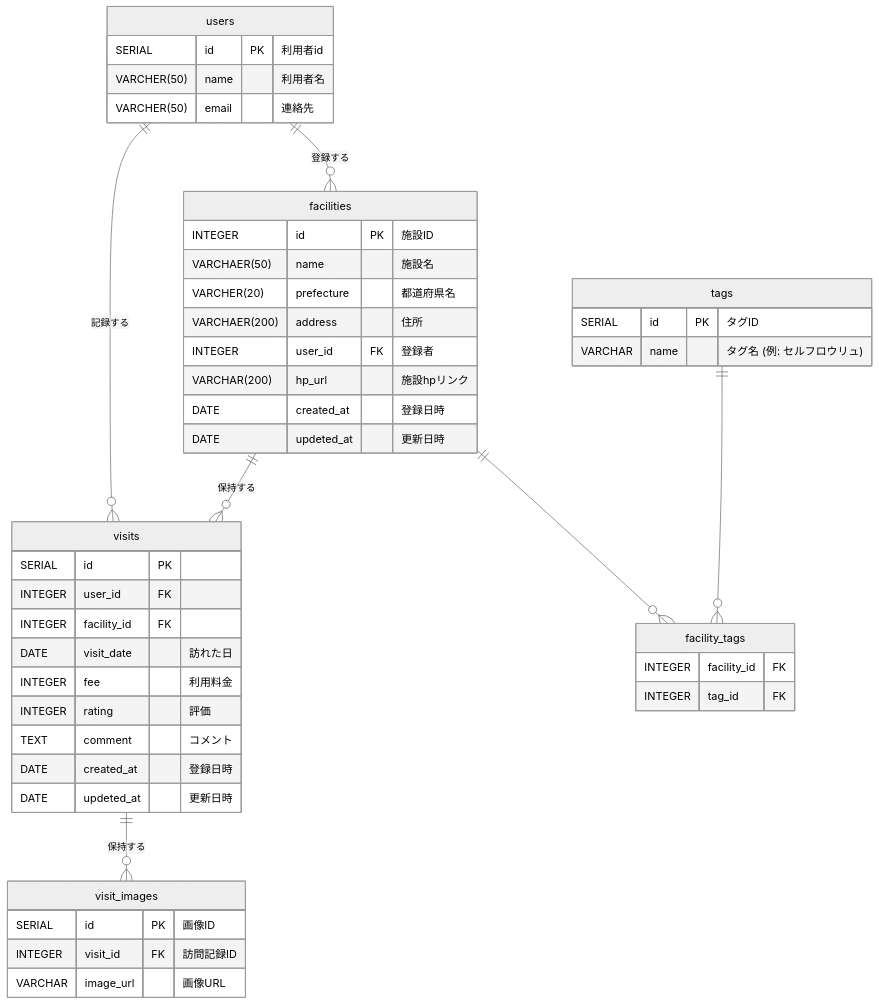
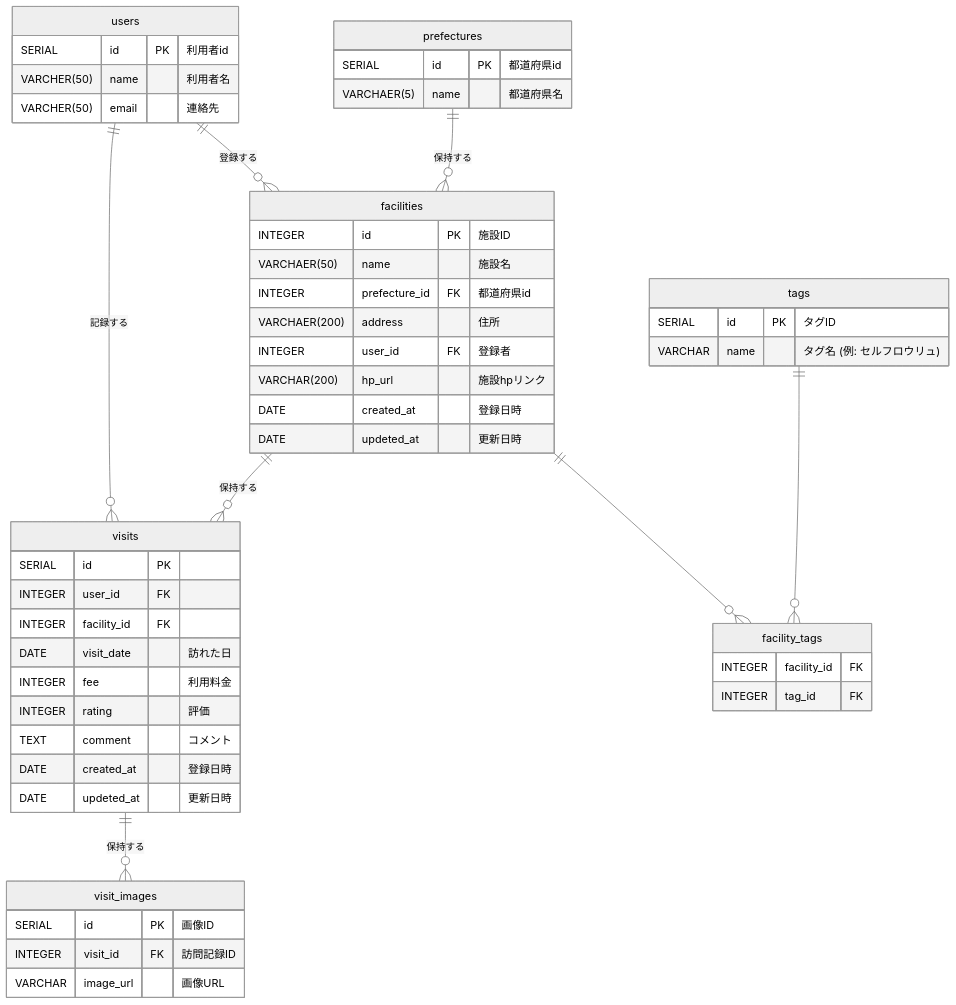
The diagram in docs/database.md (Seeeeego/sauna_app), drawn with Mermaid (neutral theme) before and after one commit. The commit also changed other lines of this file, not shown here.

````diff
--- a/docs/database.md
+++ b/docs/database.md
@@ -1,52 +1,58 @@
 ```mermaid
 erDiagram
     users {
         SERIAL id PK "利用者id"
         VARCHER(50) name "利用者名"
         VARCHER(50) email  "連絡先"
     }
     
+    prefectures {
+        SERIAL  id  PK  "都道府県id"
+        VARCHAER(5) name "都道府県名"
+    }
+
     facilities {
         INTEGER id PK "施設ID"
         VARCHAER(50) name "施設名"
-        VARCHER(20) prefecture "都道府県名"
+        INTEGER prefecture_id FK "都道府県id"
         VARCHAER(200) address "住所"
         INTEGER user_id  FK "登録者"
         VARCHAR(200) hp_url "施設hpリンク"
         DATE created_at "登録日時"
         DATE updeted_at "更新日時"
     }
     
     visits {
         SERIAL id PK
         INTEGER user_id FK
         INTEGER facility_id FK
         DATE visit_date "訪れた日"
         INTEGER fee "利用料金"
         INTEGER rating "評価"
         TEXT comment "コメント"
         DATE created_at "登録日時"
         DATE updeted_at "更新日時"
     }
 
     tags {
         SERIAL id PK "タグID"
         VARCHAR name "タグ名 (例: セルフロウリュ)"
     }
     facility_tags {
         INTEGER facility_id FK
         INTEGER tag_id FK
     }
     visit_images {
         SERIAL id PK "画像ID"
         INTEGER visit_id FK "訪問記録ID"
         VARCHAR image_url "画像URL"
     }
     
     users ||--o{ facilities : "登録する"
     users ||--o{ visits : "記録する"
     facilities ||--o{ visits : "保持する"
     facilities ||--o{ facility_tags : ""
     tags ||--o{ facility_tags : ""
     visits ||--o{ visit_images : "保持する"
+    prefectures ||--o{ facilities: "保持する"
 ```
````
